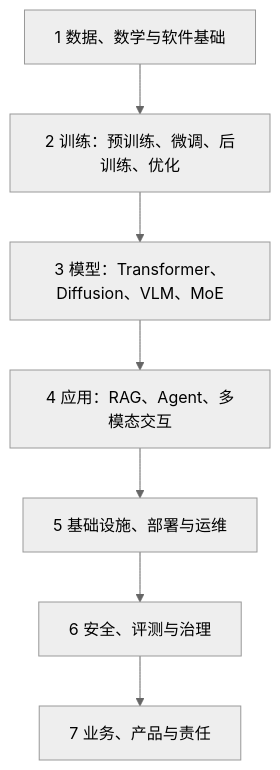
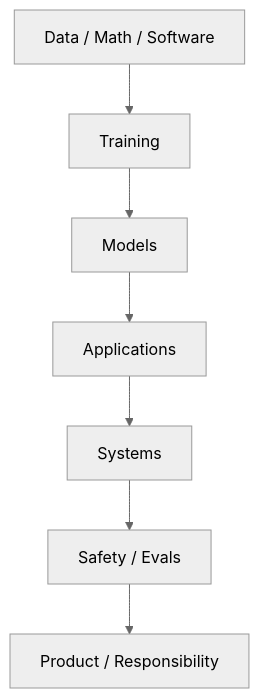
The diagram in 00-Home/AI-Technology-MOC.md (Shilyfx/ai-technology-career-map), drawn with Mermaid (neutral theme) before and after one commit. The commit also changed other lines of this file and 123 other files, not shown here.

````diff
--- a/00-Home/AI-Technology-MOC.md
+++ b/00-Home/AI-Technology-MOC.md
@@ -22,11 +19,4 @@
 ```mermaid
 flowchart TB
-  P["7 业务、产品与责任"]
-  S["6 安全、评测与治理"]
-  I["5 基础设施、部署与运维"]
-  A["4 应用：RAG、Agent、多模态交互"]
-  M["3 模型：Transformer、Diffusion、VLM、MoE"]
-  T["2 训练：预训练、微调、后训练、优化"]
-  D["1 数据、数学与软件基础"]
-  D --> T --> M --> A --> I --> S --> P
+  D["Data / Math / Software"] --> T["Training"] --> M["Models"] --> A["Applications"] --> I["Systems"] --> S["Safety / Evals"] --> P["Product / Responsibility"]
 ```
````
